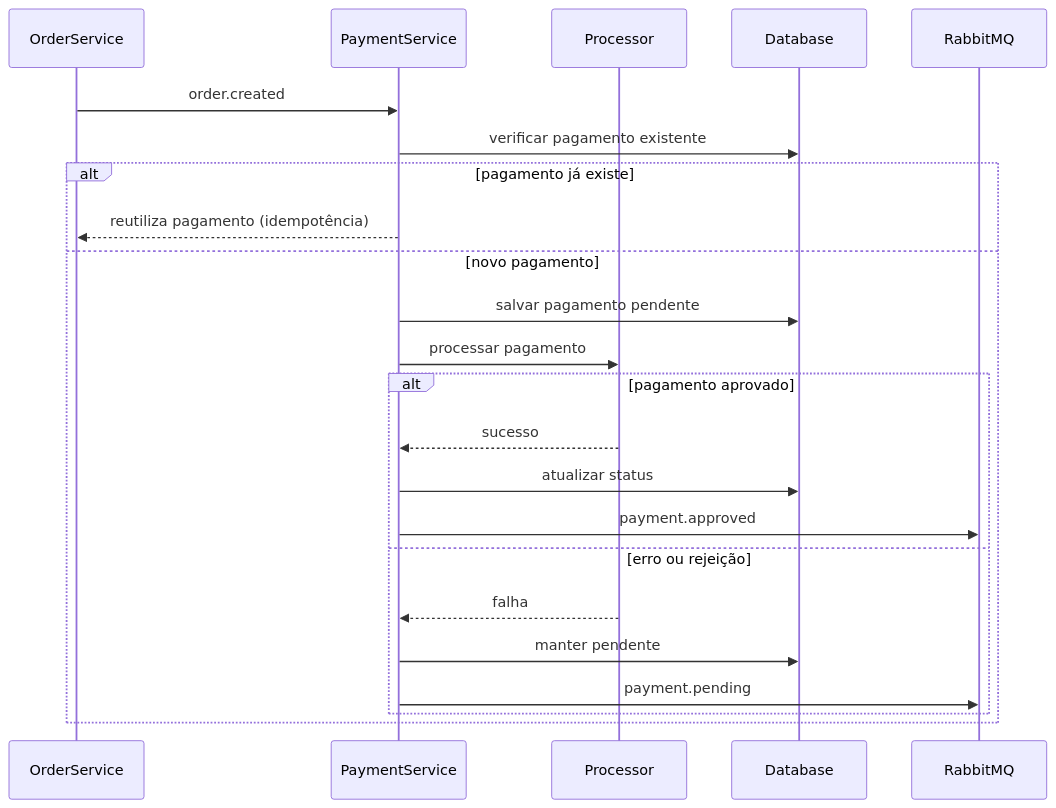
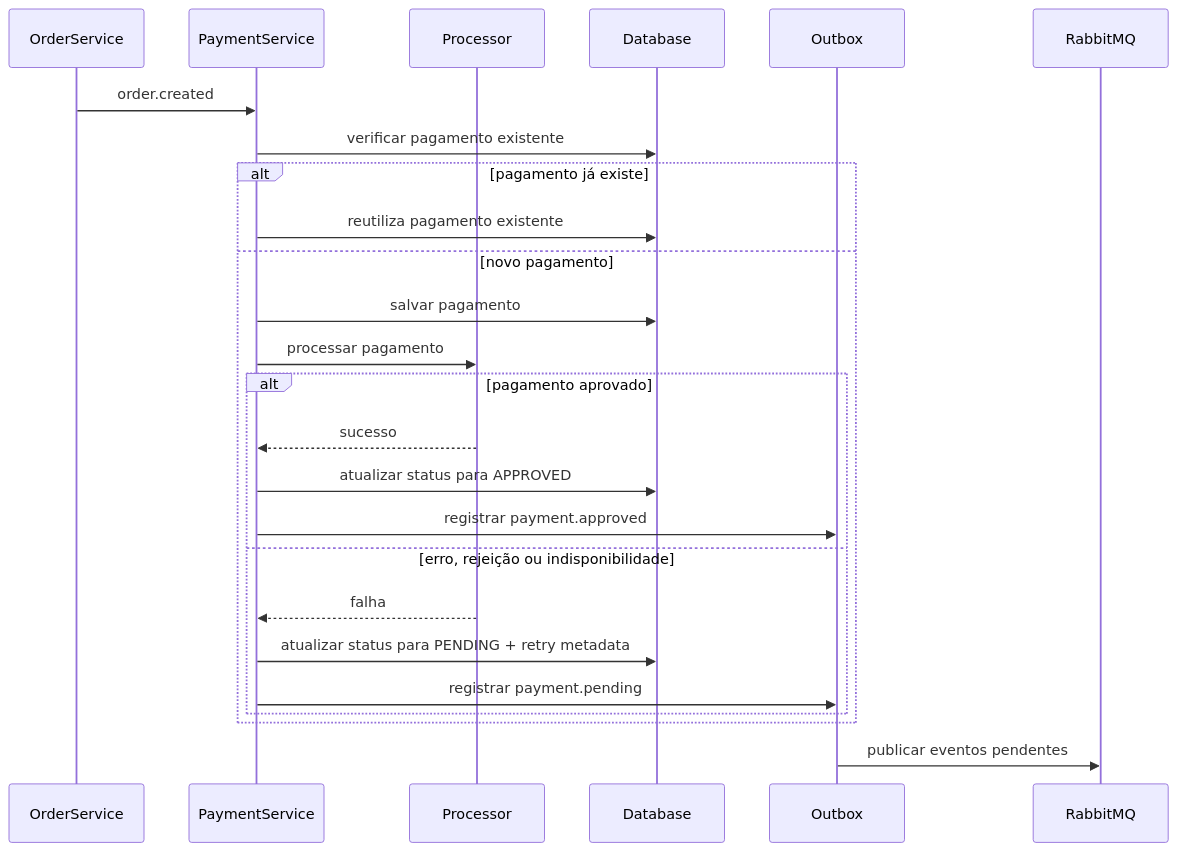
Before and after one commit to alex-dev-br/restaurant-payment-service: the third of 3 diagrams in README.md, drawn with Mermaid. The commit also changed other lines of this file, not shown here.

Commit message:
docs: atualiza README com outbox, retry, falha definitiva e contrato monetário

````diff
--- a/README.md
+++ b/README.md
@@ -169,30 +190,32 @@
 ```mermaid
 sequenceDiagram
 
 participant OrderService
 participant PaymentService
 participant Processor
 participant Database
+participant Outbox
 participant RabbitMQ
 
 OrderService->>PaymentService: order.created
-
 PaymentService->>Database: verificar pagamento existente
 
 alt pagamento já existe
-    PaymentService-->>OrderService: reutiliza pagamento (idempotência)
+    PaymentService->>Database: reutiliza pagamento existente
 else novo pagamento
-    PaymentService->>Database: salvar pagamento pendente
+    PaymentService->>Database: salvar pagamento
     PaymentService->>Processor: processar pagamento
-    
+
     alt pagamento aprovado
         Processor-->>PaymentService: sucesso
-        PaymentService->>Database: atualizar status
-        PaymentService->>RabbitMQ: payment.approved
-    else erro ou rejeição
+        PaymentService->>Database: atualizar status para APPROVED
+        PaymentService->>Outbox: registrar payment.approved
+    else erro, rejeição ou indisponibilidade
         Processor-->>PaymentService: falha
-        PaymentService->>Database: manter pendente
-        PaymentService->>RabbitMQ: payment.pending
+        PaymentService->>Database: atualizar status para PENDING + retry metadata
+        PaymentService->>Outbox: registrar payment.pending
     end
 end
+
+Outbox->>RabbitMQ: publicar eventos pendentes
 ```
````
